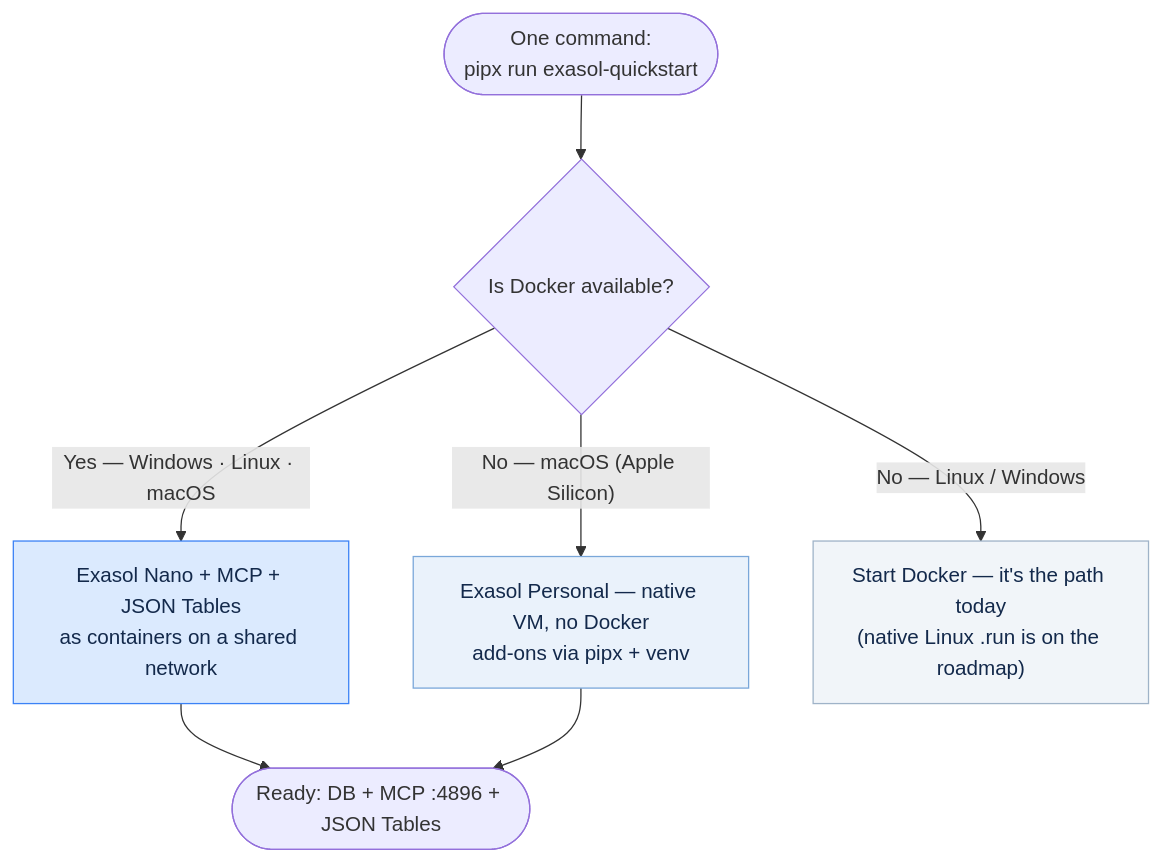
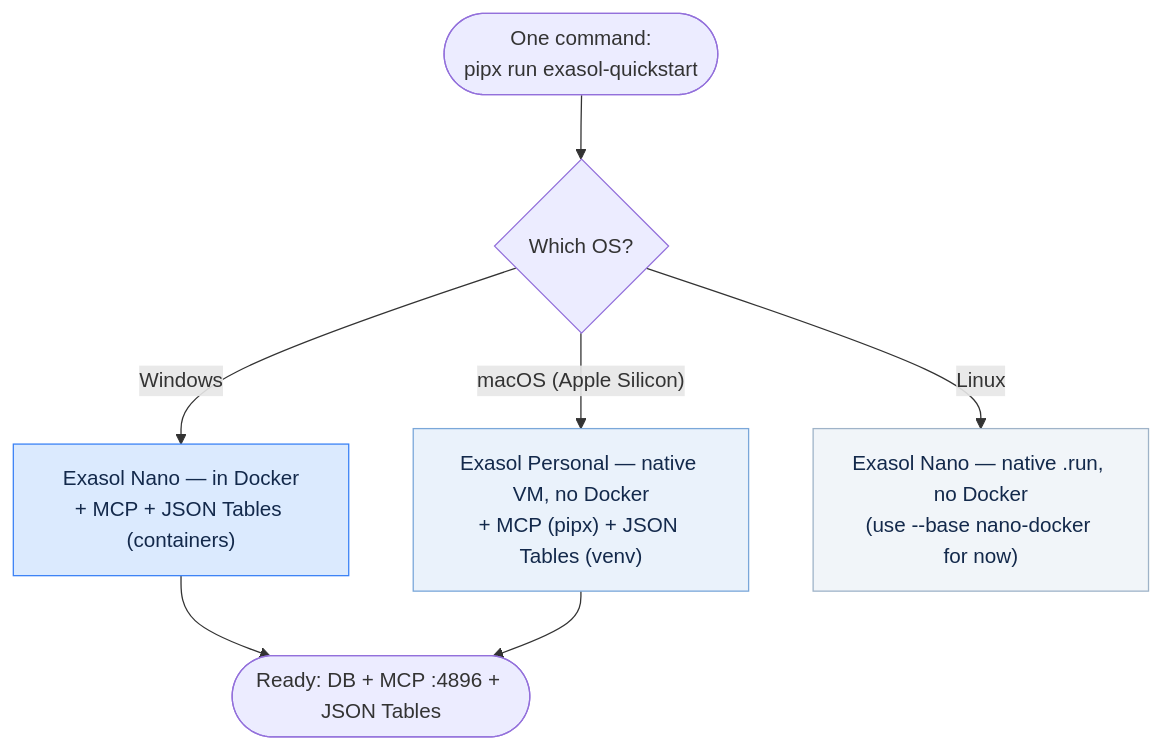
The first of 2 diagrams in docs/case-studies/recommended-approach.md (krishna-exasol/bundle-installation-methods), drawn with Mermaid before and after one commit. The commit also changed other lines of this file and 11 other files, not shown here.

Commit message:
Split archived bundle into two case studies (exasol-ai + exasol-personal-ai, each linking its repo); revert decision to OS-based (Windows tested, macOS experimental, Linux roadmap) per chosen model; repoint links; bump to 0.3.14

````diff
--- a/docs/case-studies/recommended-approach.md
+++ b/docs/case-studies/recommended-approach.md
@@ -90,14 +90,14 @@
 ```mermaid
 flowchart TD
-    Start(["One command:<br/>pipx run exasol-quickstart"]) --> D{"Is Docker available?"}
+    Start(["One command:<br/>pipx run exasol-quickstart"]) --> OS{"Which OS?"}
 
-    D -->|"Yes — Windows · Linux · macOS"| Docker["Exasol Nano + MCP + JSON Tables<br/>as containers on a shared network"]:::ok
-    D -->|"No — macOS (Apple Silicon)"| Mac["Exasol Personal — native VM, no Docker<br/>add-ons via pipx + venv"]:::exp
-    D -->|"No — Linux / Windows"| Need["Start Docker — it's the path today<br/>(native Linux .run is on the roadmap)"]:::todo
+    OS -->|"Windows"| Win["Exasol Nano — in Docker<br/>+ MCP + JSON Tables (containers)"]:::ok
+    OS -->|"macOS (Apple Silicon)"| Mac["Exasol Personal — native VM, no Docker<br/>+ MCP (pipx) + JSON Tables (venv)"]:::exp
+    OS -->|"Linux"| Lin["Exasol Nano — native .run, no Docker<br/>(use --base nano-docker for now)"]:::todo
 
-    Docker --> Done(["Ready: DB + MCP :4896 + JSON Tables"])
+    Win --> Done(["Ready: DB + MCP :4896 + JSON Tables"])
     Mac --> Done
     classDef ok fill:#dbeafe,stroke:#3b82f6,color:#13294b;
     classDef exp fill:#eaf2fb,stroke:#7aa7d9,color:#13294b;
     classDef todo fill:#f1f5f9,stroke:#9fb3c8,color:#13294b;
 ```
````
